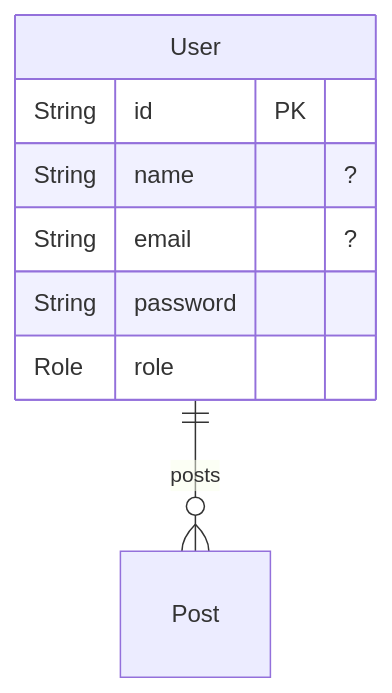
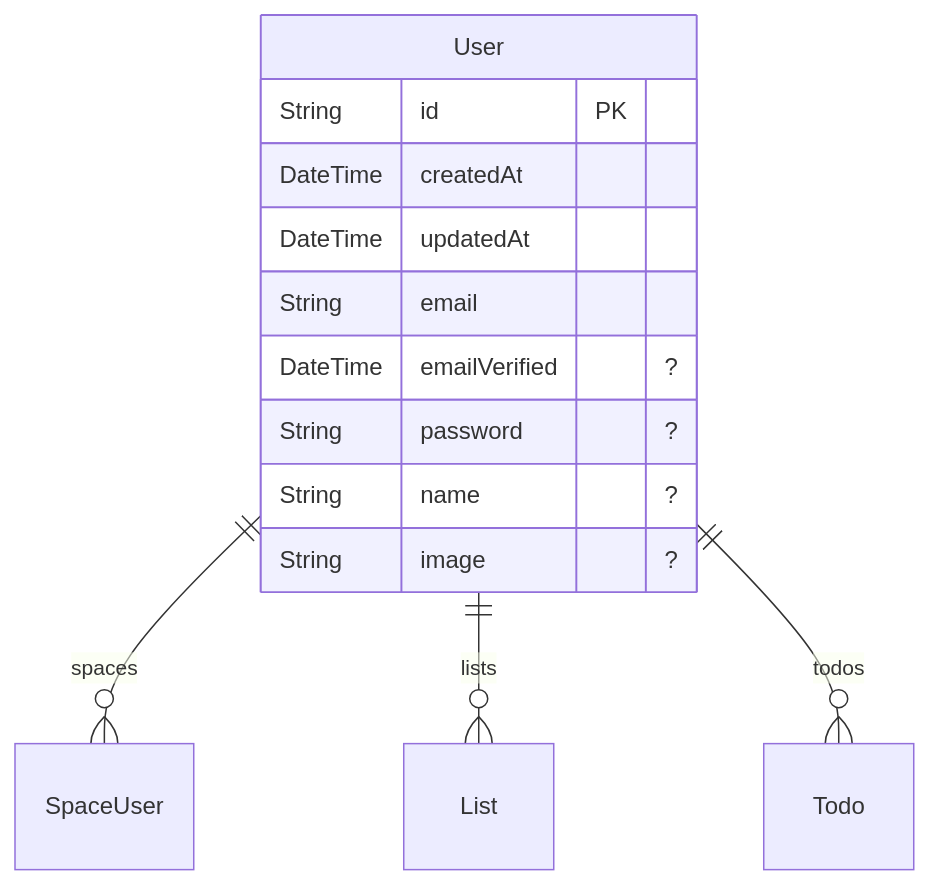
The third of 6 diagrams in test.md (jiashengguo/jiashengguo.github.io), drawn with Mermaid before and after one commit. The commit also changed other lines of this file, not shown here.

````diff
--- a/test.md
+++ b/test.md
@@ -33,11 +77,18 @@
 ```mermaid
 erDiagram
 "User" {
   String id PK 
+  DateTime createdAt  
+  DateTime updatedAt  
+  String email  
+  DateTime emailVerified  "?"
+  String password  "?"
   String name  "?"
-  String email  "?"
-  String password  
-  Role role  
+  String image  "?"
 }
-"User" ||--o{ "Post": posts
+
+"User" ||--o{ "SpaceUser": spaces
+"User" ||--o{ "List": lists
+"User" ||--o{ "Todo": todos
+
 ```
````
